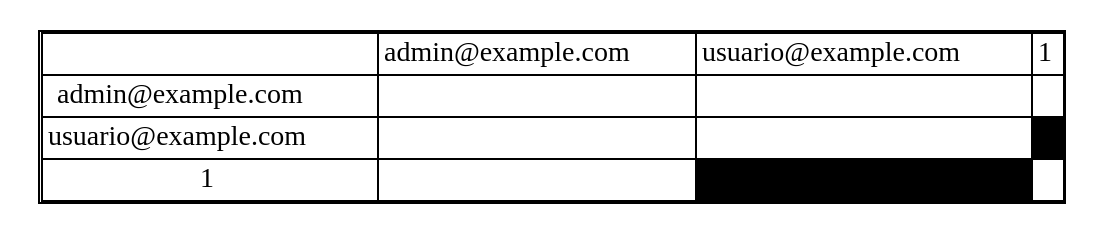
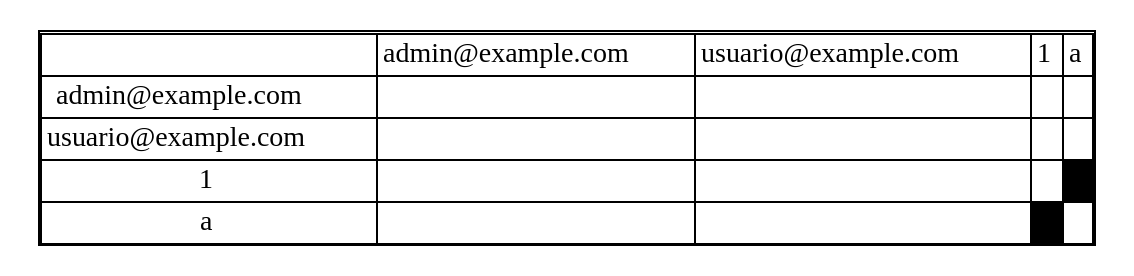
Before and after one commit to LightDemon12/-EDD-PROYECTOS_202100215: the diagram in Fase#1/cmake-build-debug/matriz_usuarios.dot, drawn with Graphviz. The commit also changed 77 other files, not shown here.

```diff
--- a/Fase#1/cmake-build-debug/matriz_usuarios.dot
+++ b/Fase#1/cmake-build-debug/matriz_usuarios.dot
@@ -1,10 +1,11 @@
 digraph G {
 node [shape=plaintext]
 a [label=<
 <table border='1' cellborder='1' cellspacing='0'>
-<tr><td></td><td>admin@example.com</td><td>usuario@example.com</td><td>1</td></tr>
-<tr><td>admin@example.com</td><td></td><td></td><td></td></tr>
-<tr><td>usuario@example.com</td><td></td><td></td><td bgcolor='black'></td></tr>
-<tr><td>1</td><td></td><td bgcolor='black'></td><td></td></tr>
+<tr><td></td><td>admin@example.com</td><td>usuario@example.com</td><td>1</td><td>a</td></tr>
+<tr><td>admin@example.com</td><td></td><td></td><td></td><td></td></tr>
+<tr><td>usuario@example.com</td><td></td><td></td><td></td><td></td></tr>
+<tr><td>1</td><td></td><td></td><td></td><td bgcolor='black'></td></tr>
+<tr><td>a</td><td></td><td></td><td bgcolor='black'></td><td></td></tr>
 </table>>];
 }
```
